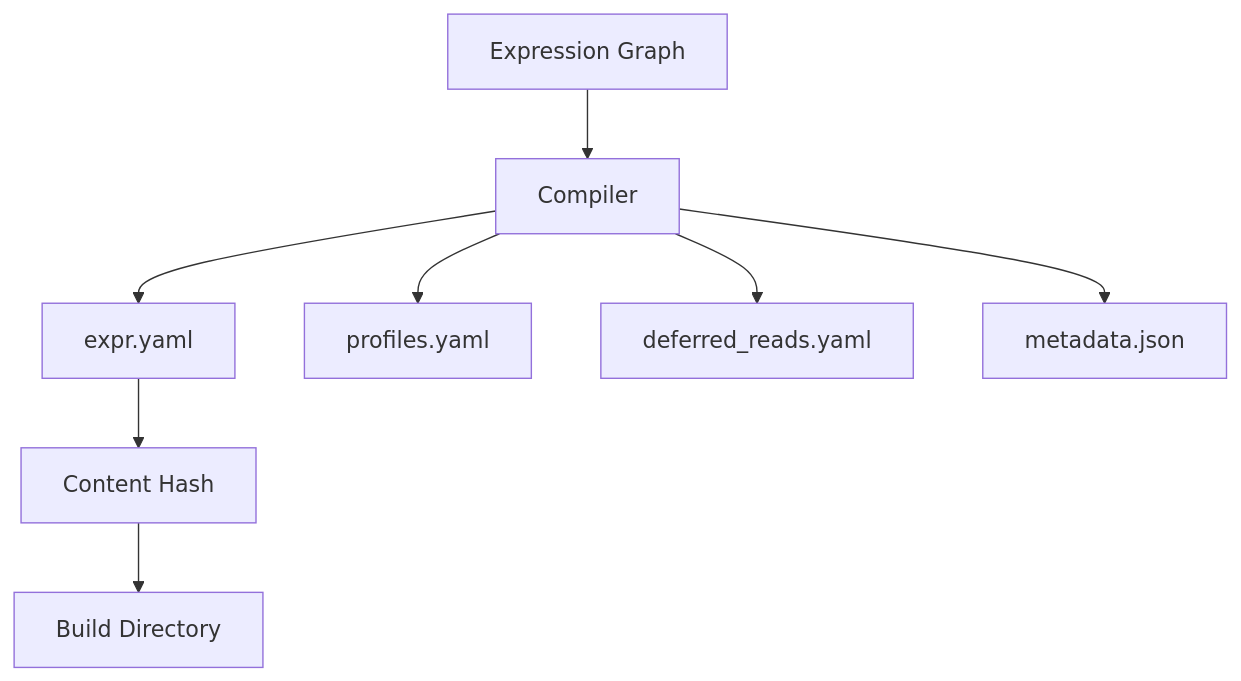
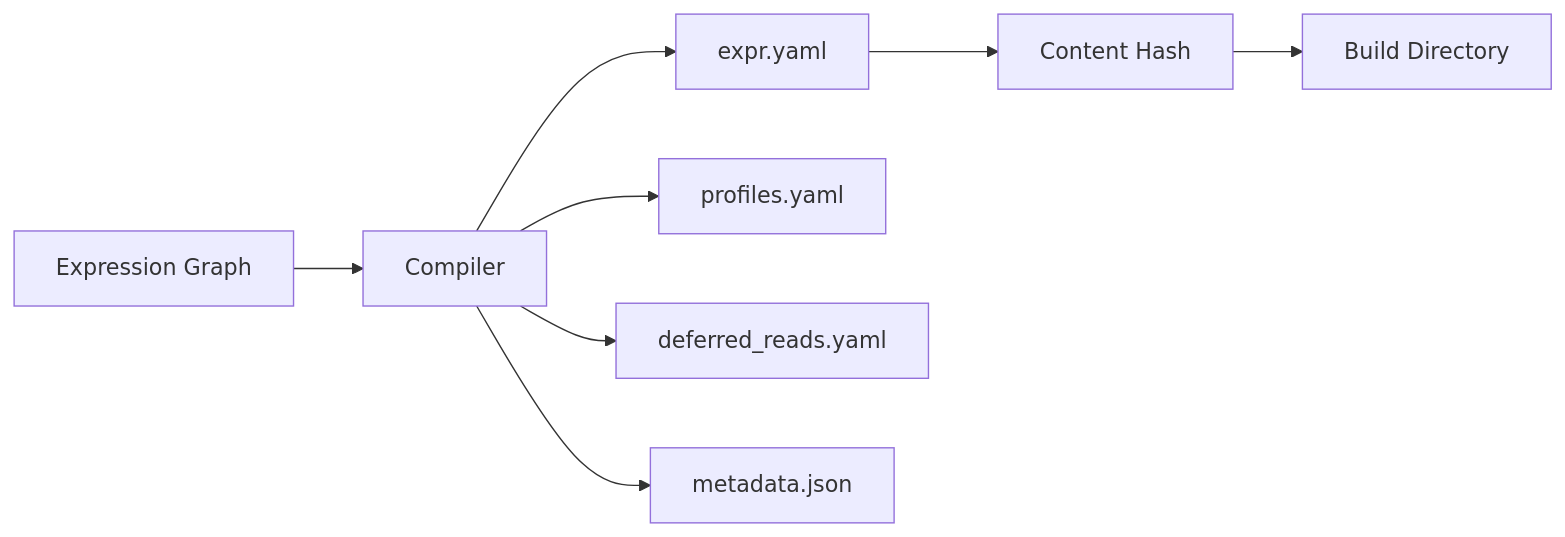
Before and after one commit to xorq-labs/xorq: the third of 5 diagrams in docs/concepts/fundamentals/how_xorq_works.qmd, drawn with Mermaid. The commit also changed other lines of this file and 20 other files, not shown here.

Commit message:
docs: Refine concept pages, restructure index, improve diagrams, and ensure responsive design

````diff
--- a/docs/concepts/fundamentals/how_xorq_works.qmd
+++ b/docs/concepts/fundamentals/how_xorq_works.qmd
@@ -152,10 +158,11 @@
 ```{mermaid}
-graph TB
+%%| eval: true
+graph LR
     A[Expression Graph] --> B[Compiler]
     B --> C[expr.yaml]
     B --> D[profiles.yaml]
     B --> E[deferred_reads.yaml]
     B --> F[metadata.json]
     C --> G[Content Hash]
     G --> H[Build Directory]
 ```
````
